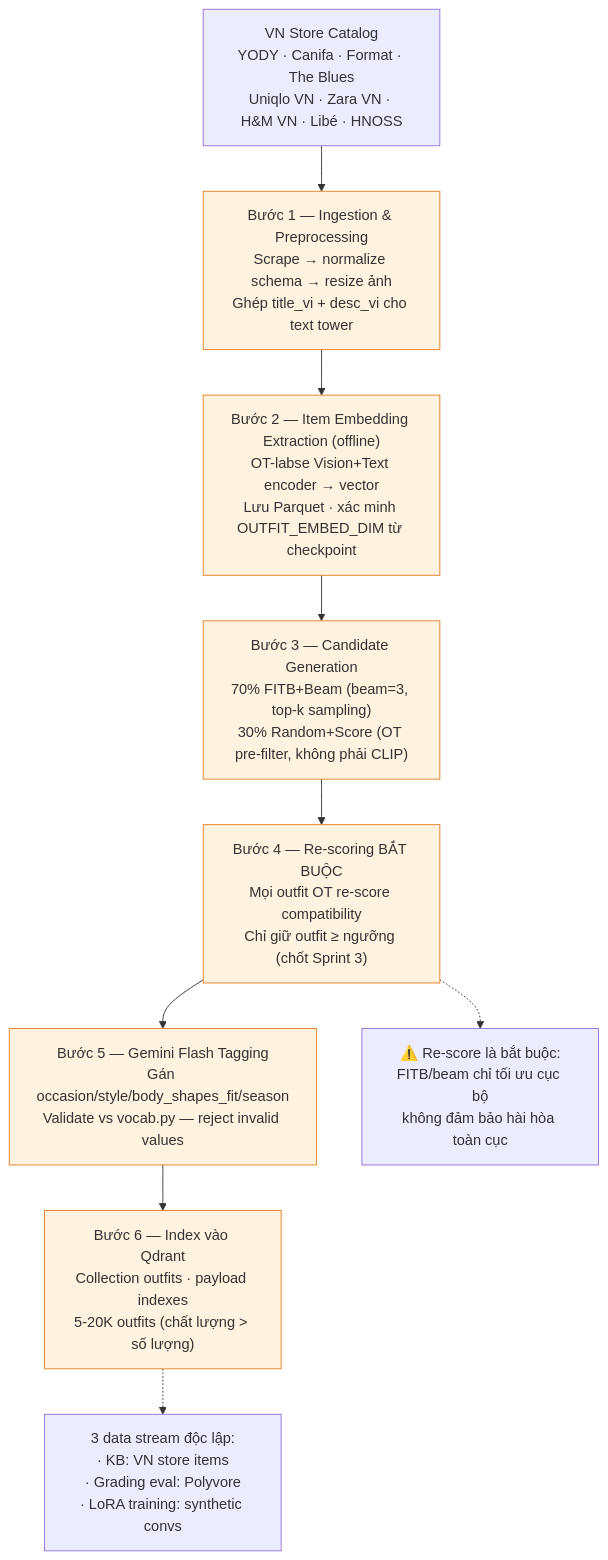
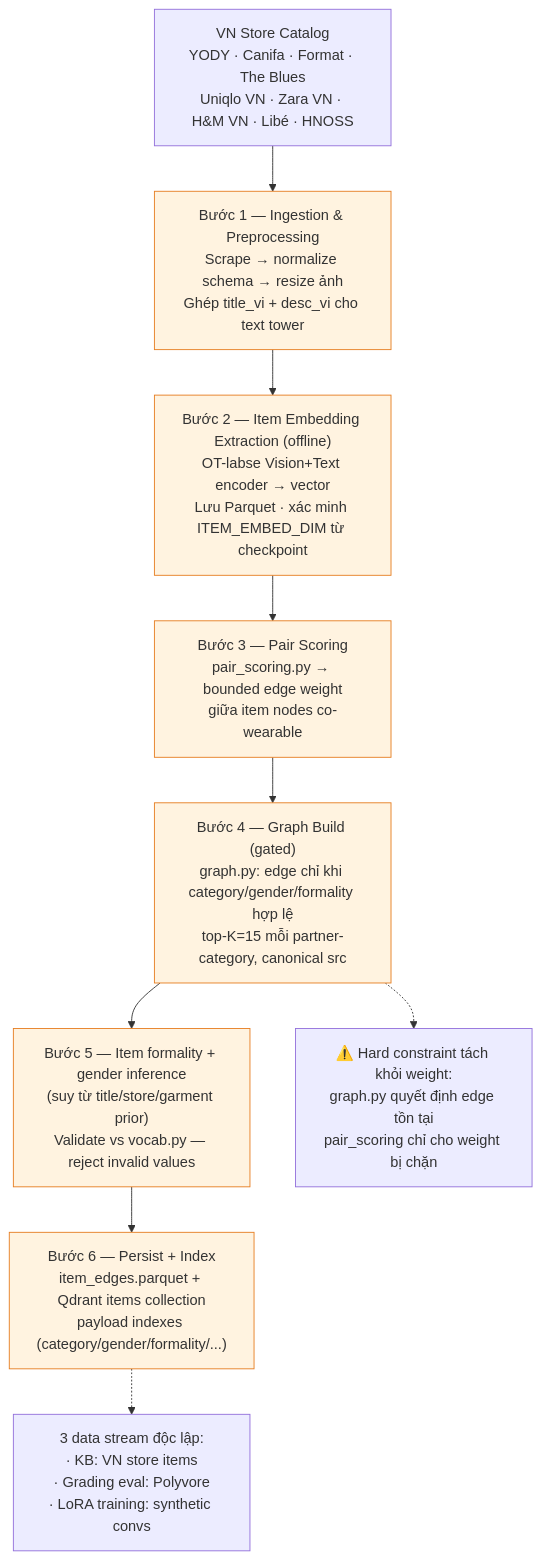
Before and after one commit to Lendo-Stylix/fashion_match: the third of 4 diagrams in docs/presentation/SO_DO_MERMAID.md, drawn with Mermaid. The commit also changed other lines of this file and 39 other files, not shown here.

Commit message:
GraphKnowledge Base

````diff
--- a/docs/presentation/SO_DO_MERMAID.md
+++ b/docs/presentation/SO_DO_MERMAID.md
@@ -106,22 +106,22 @@
 ```mermaid
 flowchart TD
     SRC["VN Store Catalog\nYODY · Canifa · Format · The Blues\nUniqlo VN · Zara VN · H&M VN · Libé · HNOSS"]
 
     S1["Bước 1 — Ingestion & Preprocessing\nScrape → normalize schema → resize ảnh\nGhép title_vi + desc_vi cho text tower"]
-    S2["Bước 2 — Item Embedding Extraction (offline)\nOT-labse Vision+Text encoder → vector\nLưu Parquet · xác minh OUTFIT_EMBED_DIM từ checkpoint"]
-    S3["Bước 3 — Candidate Generation\n70% FITB+Beam (beam=3, top-k sampling)\n30% Random+Score (OT pre-filter, không phải CLIP)"]
-    S4["Bước 4 — Re-scoring BẮT BUỘC\nMọi outfit OT re-score compatibility\nChỉ giữ outfit ≥ ngưỡng (chốt Sprint 3)"]
-    S5["Bước 5 — Gemini Flash Tagging\nGán occasion/style/body_shapes_fit/season\nValidate vs vocab.py — reject invalid values"]
-    S6["Bước 6 — Index vào Qdrant\nCollection outfits · payload indexes\n5-20K outfits (chất lượng > số lượng)"]
+    S2["Bước 2 — Item Embedding Extraction (offline)\nOT-labse Vision+Text encoder → vector\nLưu Parquet · xác minh ITEM_EMBED_DIM từ checkpoint"]
+    S3["Bước 3 — Pair Scoring\npair_scoring.py → bounded edge weight\ngiữa item nodes co-wearable"]
+    S4["Bước 4 — Graph Build (gated)\ngraph.py: edge chỉ khi category/gender/formality hợp lệ\ntop-K=15 mỗi partner-category, canonical src<dst"]
+    S5["Bước 5 — Item formality + gender inference\n(suy từ title/store/garment prior)\nValidate vs vocab.py — reject invalid values"]
+    S6["Bước 6 — Persist + Index\nitem_edges.parquet + Qdrant items collection\npayload indexes (category/gender/formality/...)"]
 
     SRC --> S1 --> S2 --> S3 --> S4 --> S5 --> S6
 
-    NOTE1["⚠️ Re-score là bắt buộc:\nFITB/beam chỉ tối ưu cục bộ\nkhông đảm bảo hài hòa toàn cục"]
+    NOTE1["⚠️ Hard constraint tách khỏi weight:\ngraph.py quyết định edge tồn tại\npair_scoring chỉ cho weight bị chặn"]
     S4 -.-> NOTE1
 
     NOTE2["3 data stream độc lập:\n· KB: VN store items\n· Grading eval: Polyvore\n· LoRA training: synthetic convs"]
     S6 -.-> NOTE2
 
     classDef step fill:#fff3e0,stroke:#e67e22
     class S1,S2,S3,S4,S5,S6 step
 ```
````
